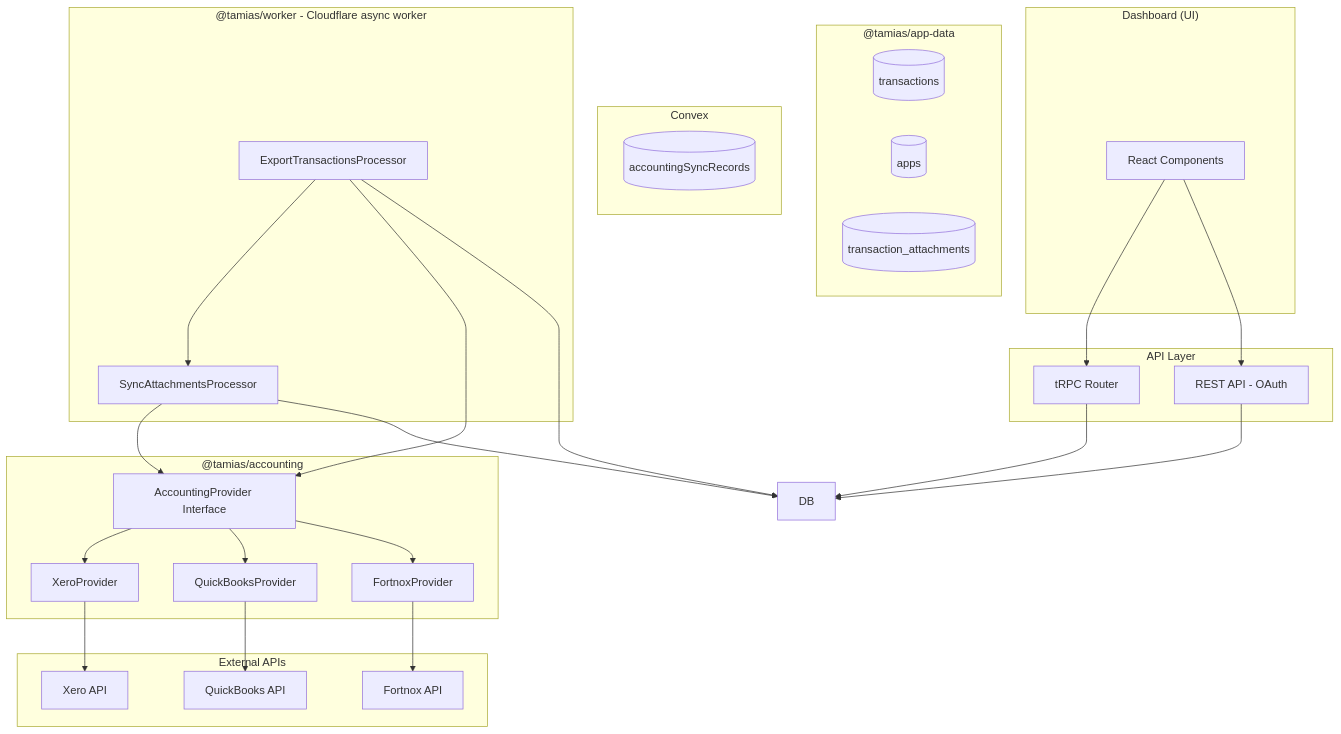
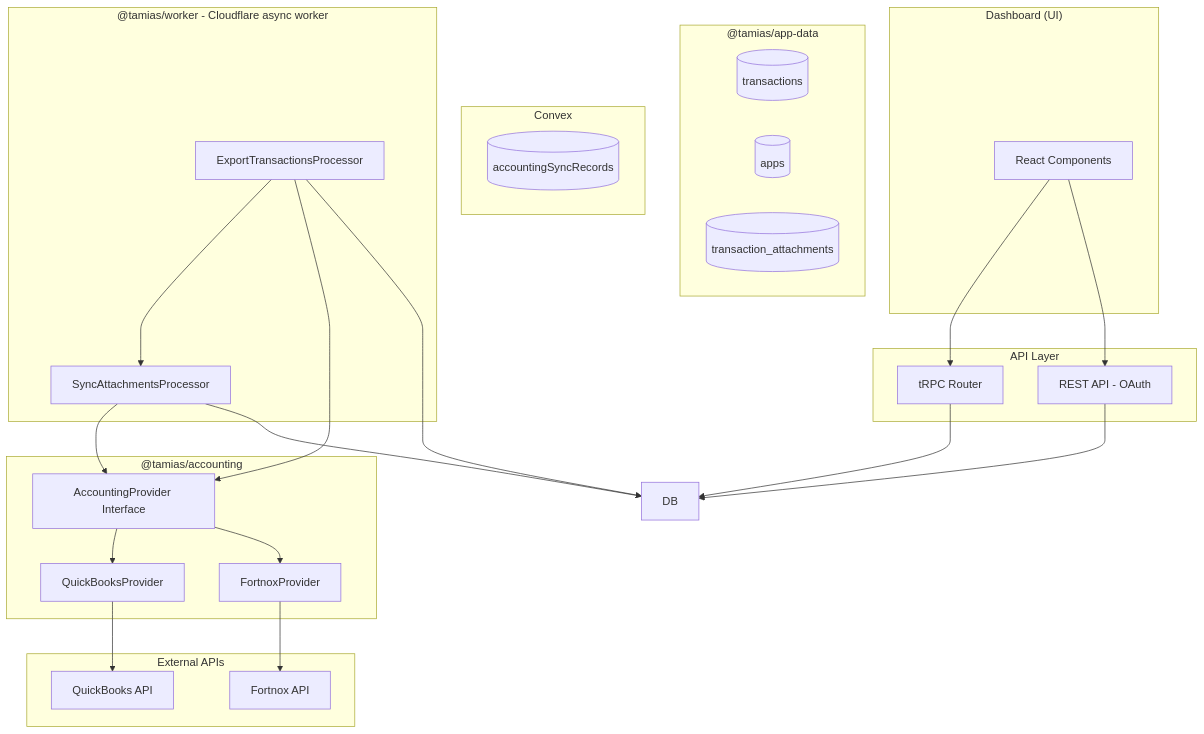
Before and after one commit to fightingentropy/tamias: the first of 20 diagrams in docs.md, drawn with Mermaid. The commit also changed other lines of this file and 119 other files, not shown here.

````diff
--- a/docs.md
+++ b/docs.md
@@ -592,60 +589,56 @@
 ```mermaid
 flowchart TB
     subgraph Dashboard["Dashboard (UI)"]
         UI[React Components]
     end
 
     subgraph API["API Layer"]
         TRPC[tRPC Router]
         REST[REST API - OAuth]
     end
 
     subgraph AppData["@tamias/app-data"]
         TXN[(transactions)]
         APPS[(apps)]
         ATT[(transaction_attachments)]
     end
 
     subgraph Convex["Convex"]
         SYNC[(accountingSyncRecords)]
     end
 
     subgraph Worker["@tamias/worker - Cloudflare async worker"]
         PROC2[SyncAttachmentsProcessor]
         PROC3[ExportTransactionsProcessor]
     end
 
     subgraph Accounting["@tamias/accounting"]
         IFACE[AccountingProvider Interface]
-        XERO[XeroProvider]
         QB[QuickBooksProvider]
         FNX[FortnoxProvider]
     end
 
     subgraph External["External APIs"]
-        XERO_API[Xero API]
         QB_API[QuickBooks API]
         FNX_API[Fortnox API]
     end
 
     UI --> TRPC
     UI --> REST
     TRPC --> DB
     REST --> DB
 
     PROC3 --> PROC2
 
     PROC2 --> IFACE
     PROC3 --> IFACE
 
-    IFACE --> XERO
     IFACE --> QB
     IFACE --> FNX
 
-    XERO --> XERO_API
     QB --> QB_API
     FNX --> FNX_API
 
     PROC2 --> DB
     PROC3 --> DB
 ```
````
